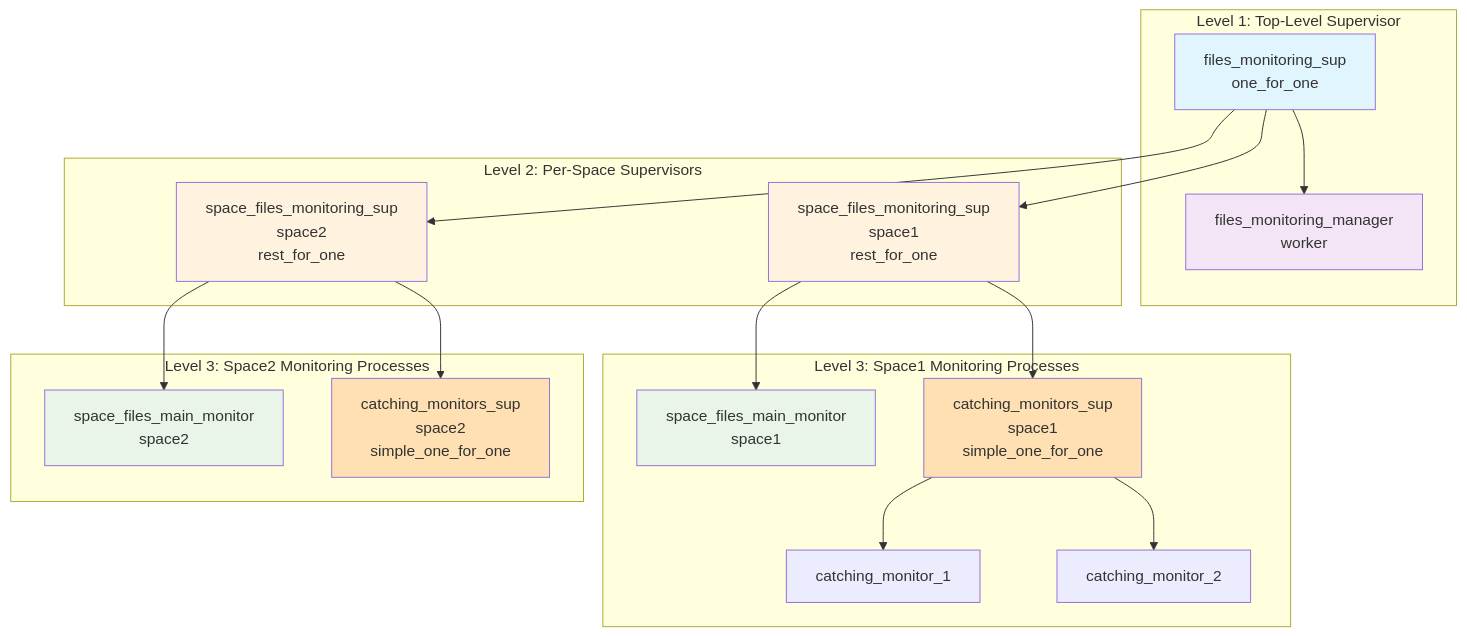
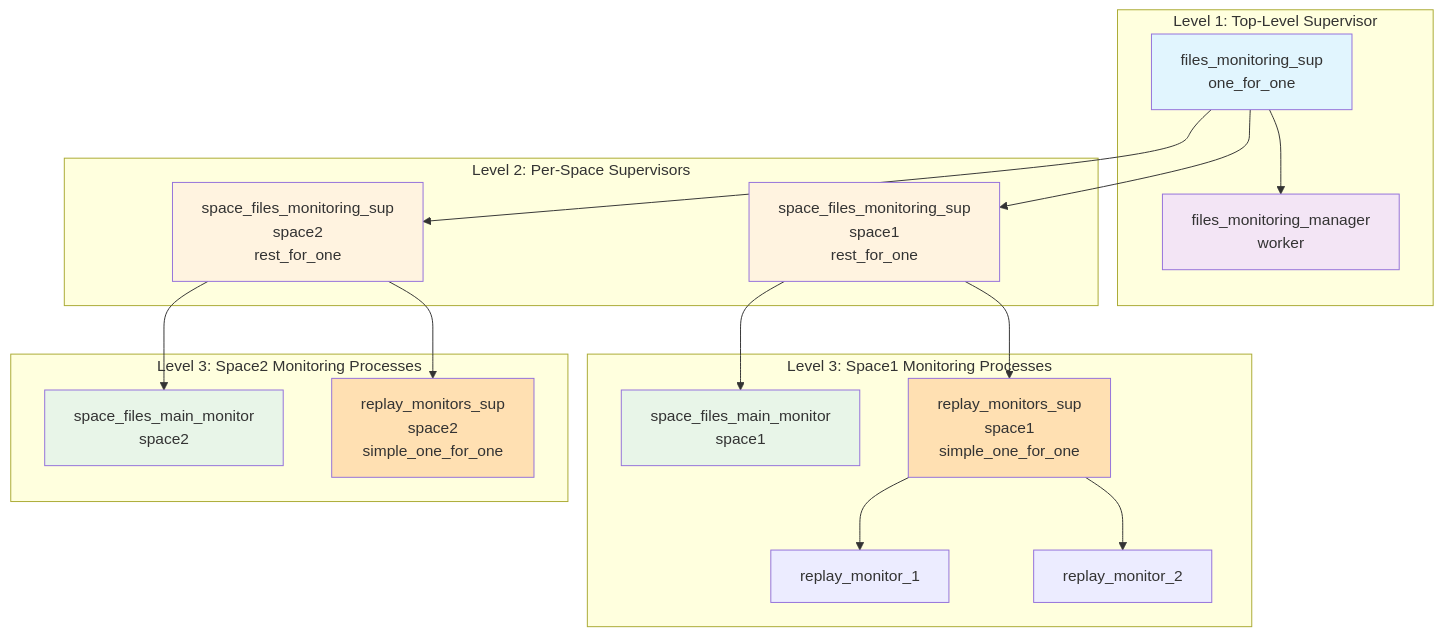
One commit to onedata/op-worker changed the first of 4 diagrams in doc/design/files_monitoring/architecture.md. Above: the diagram before and after it, drawn with Mermaid. The commit also changed other lines of this file and 12 other files, not shown here.

Commit message:
VFS-12887 Rename catching monitor to replay monitor

````diff
--- a/doc/design/files_monitoring/architecture.md
+++ b/doc/design/files_monitoring/architecture.md
@@ -21,45 +21,45 @@
 ```mermaid
 graph TB
     subgraph "Level 1: Top-Level Supervisor"
         TopSup[files_monitoring_sup<br/>one_for_one]
         Manager[files_monitoring_manager<br/>worker]
     end
     
     subgraph "Level 2: Per-Space Supervisors"
         SpaceSup1[space_files_monitoring_sup<br/>space1<br/>rest_for_one]
         SpaceSup2[space_files_monitoring_sup<br/>space2<br/>rest_for_one]
     end
     
     subgraph "Level 3: Space1 Monitoring Processes"
         Main1[space_files_main_monitor<br/>space1]
-        CatchingSup1[catching_monitors_sup<br/>space1<br/>simple_one_for_one]
-        Catching1a[catching_monitor_1]
-        Catching1b[catching_monitor_2]
+        ReplaySup1[replay_monitors_sup<br/>space1<br/>simple_one_for_one]
+        Replay1a[replay_monitor_1]
+        Replay1b[replay_monitor_2]
     end
     
     subgraph "Level 3: Space2 Monitoring Processes"
         Main2[space_files_main_monitor<br/>space2]
-        CatchingSup2[catching_monitors_sup<br/>space2<br/>simple_one_for_one]
+        ReplaySup2[replay_monitors_sup<br/>space2<br/>simple_one_for_one]
     end
     
     TopSup --> Manager
     TopSup --> SpaceSup1
     TopSup --> SpaceSup2
     
     SpaceSup1 --> Main1
-    SpaceSup1 --> CatchingSup1
-    CatchingSup1 --> Catching1a
-    CatchingSup1 --> Catching1b
+    SpaceSup1 --> ReplaySup1
+    ReplaySup1 --> Replay1a
+    ReplaySup1 --> Replay1b
     
     SpaceSup2 --> Main2
-    SpaceSup2 --> CatchingSup2
+    SpaceSup2 --> ReplaySup2
     
     style TopSup fill:#e1f5fe
     style Manager fill:#f3e5f5
     style SpaceSup1 fill:#fff3e0
     style SpaceSup2 fill:#fff3e0
     style Main1 fill:#e8f5e8
     style Main2 fill:#e8f5e8
-    style CatchingSup1 fill:#ffe0b2
-    style CatchingSup2 fill:#ffe0b2
+    style ReplaySup1 fill:#ffe0b2
+    style ReplaySup2 fill:#ffe0b2
 ```
````
